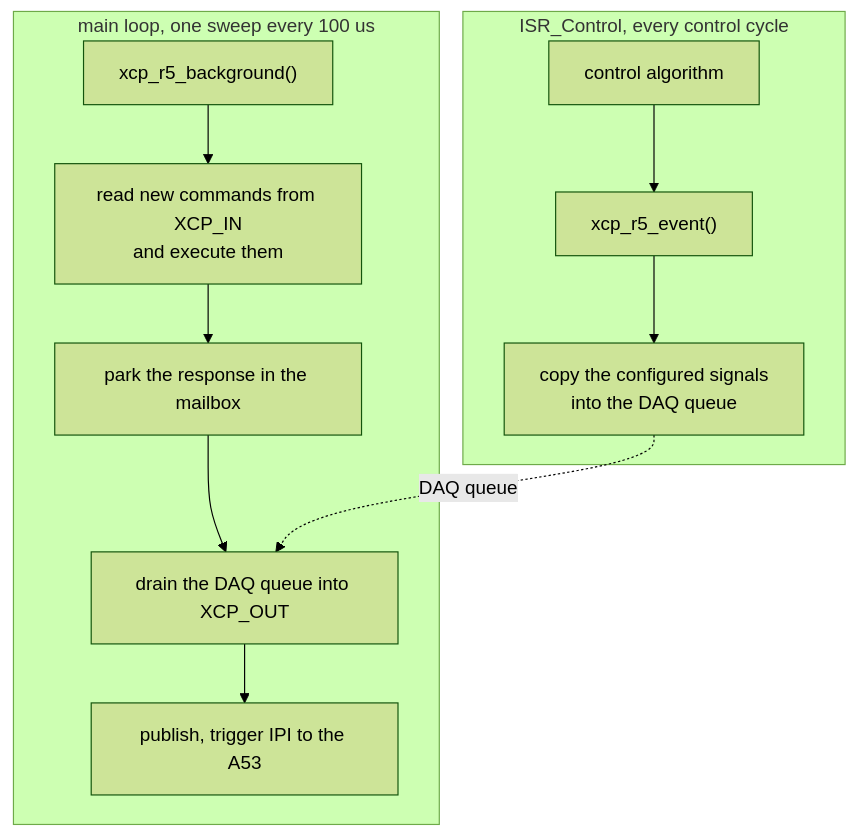
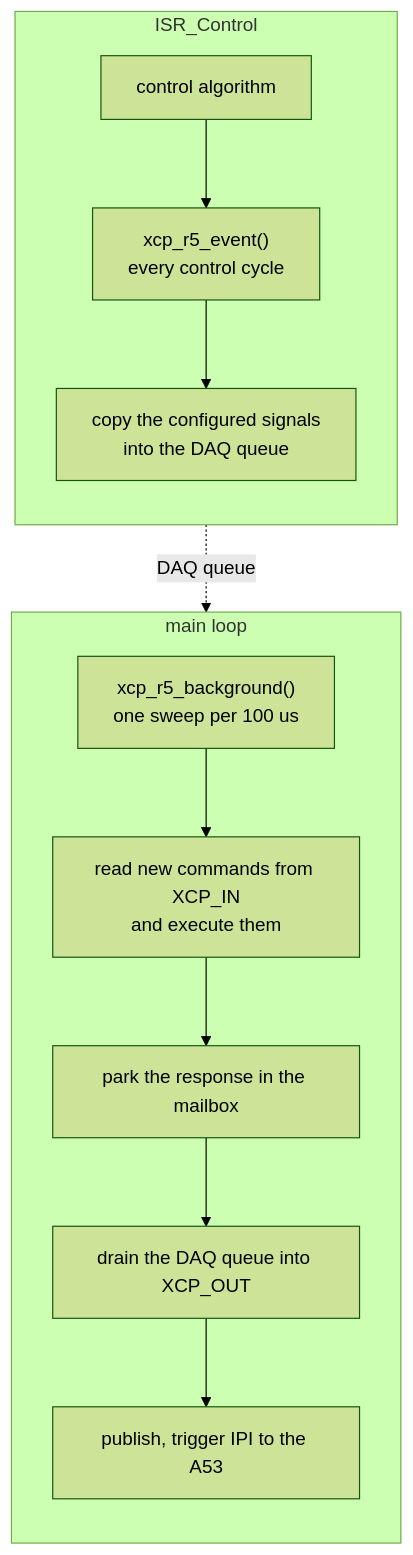
Before and after one commit to ultrazohm/ultrazohm_sw: the second of 5 diagrams in docs/source/guide/XCP/XCP_architecture.rst, drawn with Mermaid (forest theme). The commit also changed other lines of this file and 3 other files, not shown here.

First line of the commit message:
docs: XCP pages corrected against the code, diagrams made legible

```diff
--- a/docs/source/guide/XCP/XCP_architecture.rst
+++ b/docs/source/guide/XCP/XCP_architecture.rst
@@ -65,16 +47,18 @@
 .. mermaid::
     :align: center
     :caption: Split of the XCP work between interrupt and main loop on the R5
 
-    flowchart TD
-      subgraph ISR["ISR_Control, every control cycle"]
-        a["control algorithm"] --> b["xcp_r5_event()"]
+    flowchart TB
+      subgraph ISR["ISR_Control"]
+        direction TB
+        a["control algorithm"] --> b["xcp_r5_event()<br>every control cycle"]
         b --> c["copy the configured signals<br>into the DAQ queue"]
       end
-      subgraph ML["main loop, one sweep every 100 us"]
-        d["xcp_r5_background()"] --> e["read new commands from XCP_IN<br>and execute them"]
+      subgraph ML["main loop"]
+        direction TB
+        d["xcp_r5_background()<br>one sweep per 100 us"] --> e["read new commands from XCP_IN<br>and execute them"]
         e --> f["park the response in the mailbox"]
         f --> g["drain the DAQ queue into XCP_OUT"]
         g --> h["publish, trigger IPI to the A53"]
       end
       c -. "DAQ queue" .-> g
```
